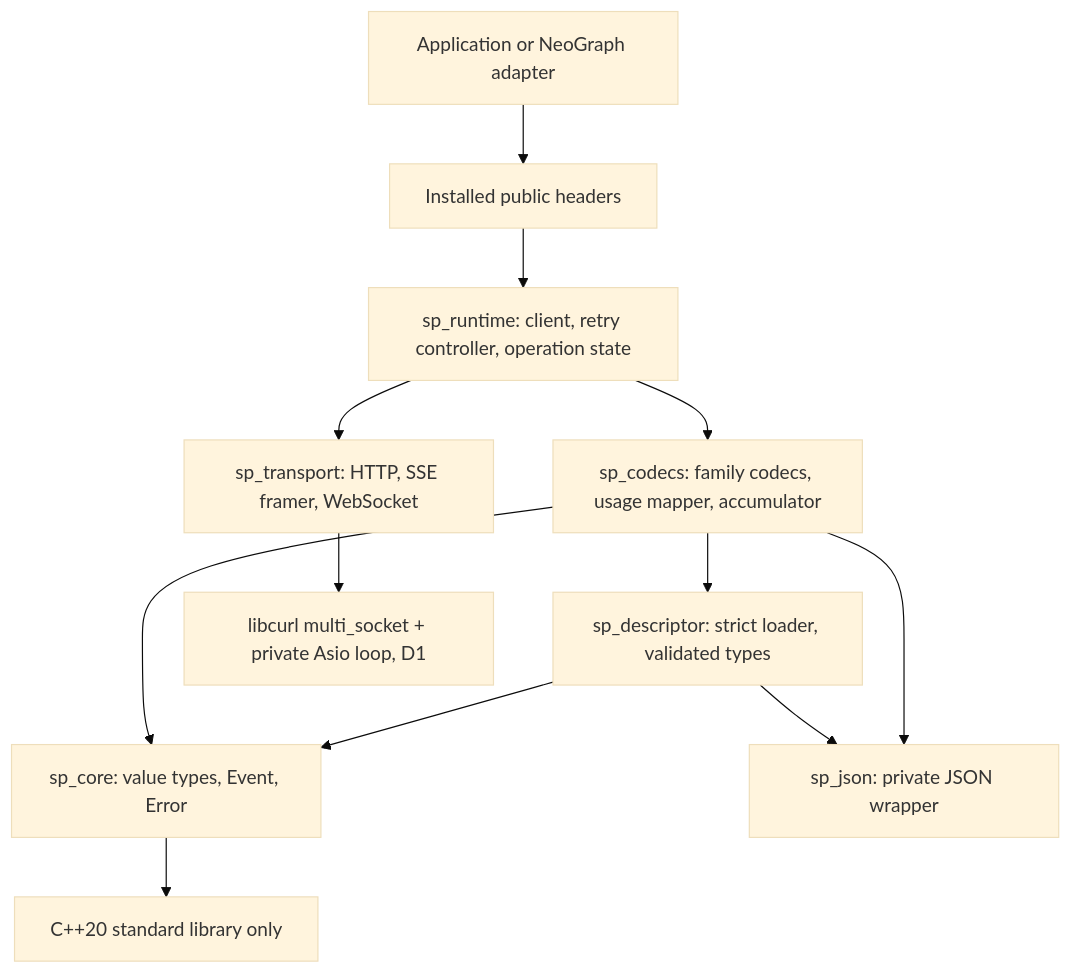
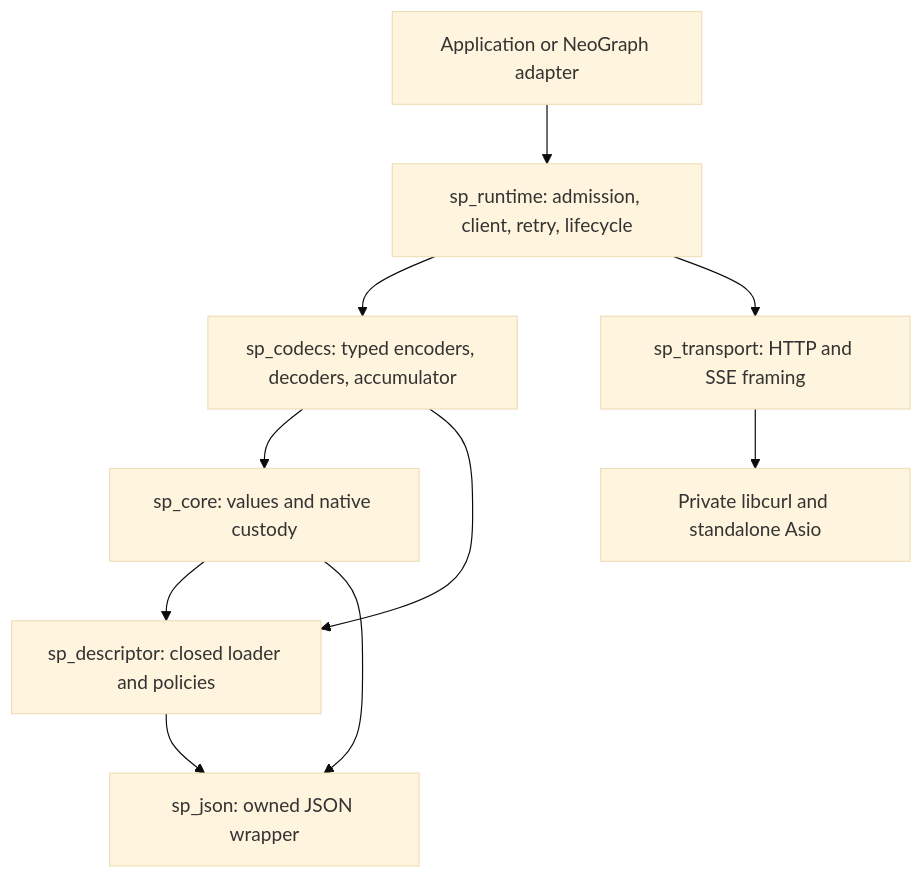
Before and after one commit to fox1245/SchemaProvider: the diagram in docs/DESIGN.md, drawn with Mermaid (base theme). The commit also changed other lines of this file and 54 other files, not shown here.

````diff
--- a/docs/DESIGN.md
+++ b/docs/DESIGN.md
@@ -53,14 +40,12 @@
 ```mermaid
 graph TD
-  App[Application or NeoGraph adapter] --> Pub[Installed public headers]
-  Pub --> Runtime[sp_runtime: client, retry controller, operation state]
-  Runtime --> Codecs[sp_codecs: family codecs, usage mapper, accumulator]
-  Runtime --> Transport[sp_transport: HTTP, SSE framer, WebSocket]
-  Codecs --> Desc[sp_descriptor: strict loader, validated types]
-  Codecs --> Core[sp_core: value types, Event, Error]
-  Desc --> Core
-  Desc --> Json[sp_json: private JSON wrapper]
-  Codecs --> Json
-  Transport --> TP[libcurl multi_socket + private Asio loop, D1]
-  Core --> Std[C++20 standard library only]
+  App[Application or NeoGraph adapter] --> Runtime[sp_runtime: admission, client, retry, lifecycle]
+  Runtime --> Codecs[sp_codecs: typed encoders, decoders, accumulator]
+  Runtime --> Transport[sp_transport: HTTP and SSE framing]
+  Codecs --> Core[sp_core: values and native custody]
+  Codecs --> Desc[sp_descriptor: closed loader and policies]
+  Core --> Desc
+  Core --> Json[sp_json: owned JSON wrapper]
+  Desc --> Json
+  Transport --> Curl[Private libcurl and standalone Asio]
 ```
````
